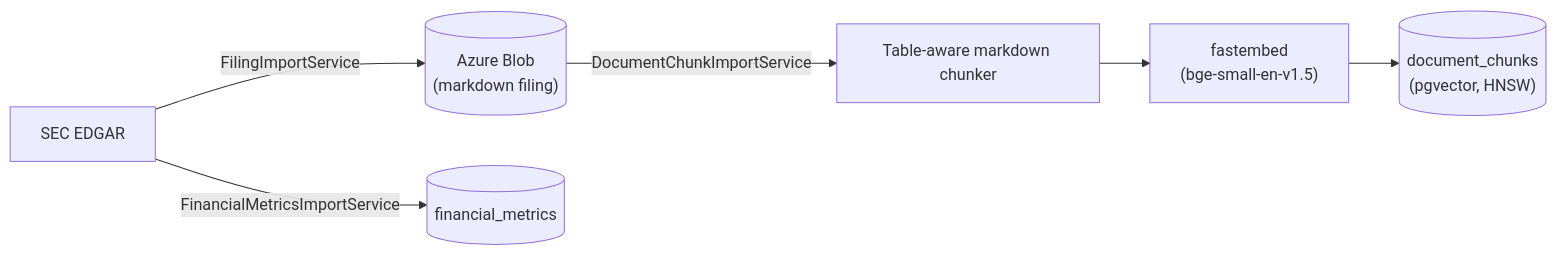
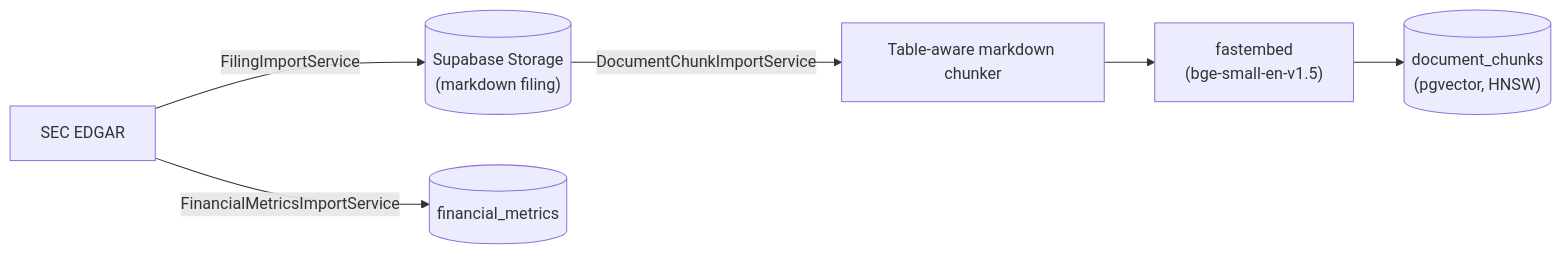
The third of 4 diagrams in docs/architecture.md (yucheng-fu/financial-data-agent), drawn with Mermaid before and after one commit. The commit also changed other lines of this file and 15 other files, not shown here.

````diff
--- a/docs/architecture.md
+++ b/docs/architecture.md
@@ -118,15 +118,15 @@
 ```mermaid
 flowchart LR
     sec["SEC EDGAR"]
-    blob[("Azure Blob\n(markdown filing)")]
+    blob[("Supabase Storage\n(markdown filing)")]
     metrics[("financial_metrics")]
     chunker["Table-aware markdown chunker"]
     embedder["fastembed\n(bge-small-en-v1.5)"]
     chunks[("document_chunks\n(pgvector, HNSW)")]
 
     sec -->|FilingImportService| blob
     sec -->|FinancialMetricsImportService| metrics
     blob -->|DocumentChunkImportService| chunker
     chunker --> embedder
     embedder --> chunks
 ```
````
